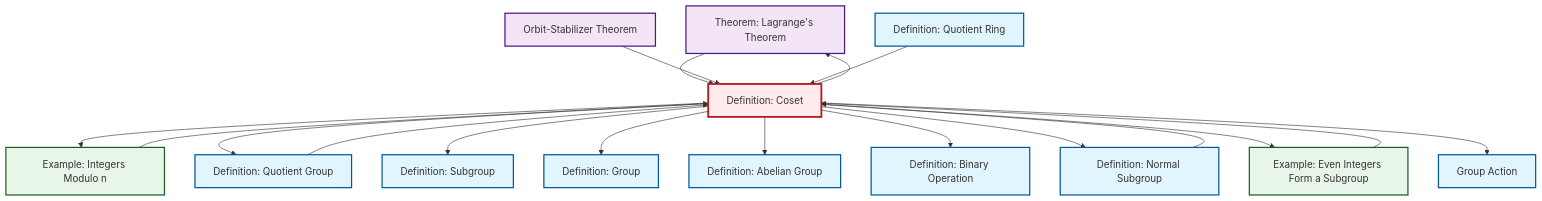
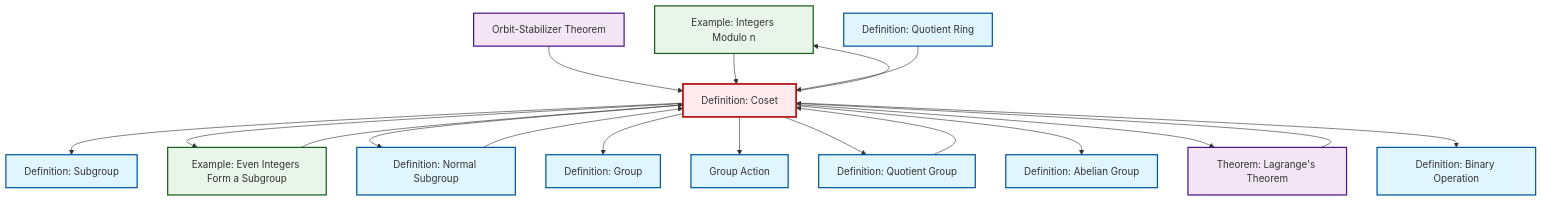
One commit to RK0429/ModernMath changed the diagram in content/en/algebra/def-coset.qmd. Above: the diagram before and after it, drawn with Mermaid. The commit also changed other lines of this file and 1012 other files, not shown here.

````diff
--- a/content/en/algebra/def-coset.qmd
+++ b/content/en/algebra/def-coset.qmd
@@ -162,52 +162,52 @@
 ```{mermaid}
 %%| fig-cap: "Local dependency graph"
 graph TD
     classDef definition fill:#e1f5fe,stroke:#01579b,stroke-width:2px
     classDef theorem fill:#f3e5f5,stroke:#4a148c,stroke-width:2px
     classDef axiom fill:#fff3e0,stroke:#e65100,stroke-width:2px
     classDef example fill:#e8f5e9,stroke:#1b5e20,stroke-width:2px
     classDef current fill:#ffebee,stroke:#b71c1c,stroke-width:3px
+    def-subgroup["Definition: Subgroup"]:::definition
+    def-binary-operation["Definition: Binary Operation"]:::definition
+    ex-quotient-integers-mod-n["Example: Integers Modulo n"]:::example
+    thm-orbit-stabilizer["Orbit-Stabilizer Theorem"]:::theorem
+    def-group-action["Group Action"]:::definition
+    def-abelian-group["Definition: Abelian Group"]:::definition
     thm-lagrange["Theorem: Lagrange's Theorem"]:::theorem
-    thm-orbit-stabilizer["Orbit-Stabilizer Theorem"]:::theorem
     def-normal-subgroup["Definition: Normal Subgroup"]:::definition
-    def-binary-operation["Definition: Binary Operation"]:::definition
+    def-coset["Definition: Coset"]:::definition
+    def-quotient-ring["Definition: Quotient Ring"]:::definition
+    def-quotient-group["Definition: Quotient Group"]:::definition
+    def-group["Definition: Group"]:::definition
     ex-even-integers-subgroup["Example: Even Integers Form a Subgroup"]:::example
-    def-quotient-ring["Definition: Quotient Ring"]:::definition
-    def-subgroup["Definition: Subgroup"]:::definition
-    def-quotient-group["Definition: Quotient Group"]:::definition
-    def-abelian-group["Definition: Abelian Group"]:::definition
-    ex-quotient-integers-mod-n["Example: Integers Modulo n"]:::example
-    def-coset["Definition: Coset"]:::definition
-    def-group-action["Group Action"]:::definition
-    def-group["Definition: Group"]:::definition
-    def-coset --> ex-quotient-integers-mod-n
+    def-coset --> def-subgroup
+    def-coset --> ex-even-integers-subgroup
+    def-coset --> def-normal-subgroup
+    thm-orbit-stabilizer --> def-coset
+    def-coset --> def-group
     thm-lagrange --> def-coset
-    thm-orbit-stabilizer --> def-coset
+    def-coset --> def-group-action
+    def-normal-subgroup --> def-coset
     def-coset --> def-quotient-group
+    def-coset --> def-abelian-group
+    def-coset --> thm-lagrange
+    ex-quotient-integers-mod-n --> def-coset
     ex-even-integers-subgroup --> def-coset
-    ex-quotient-integers-mod-n --> def-coset
-    def-coset --> def-subgroup
-    def-coset --> thm-lagrange
-    def-coset --> def-group
     def-quotient-ring --> def-coset
-    def-coset --> def-abelian-group
     def-coset --> def-binary-operation
     def-quotient-group --> def-coset
-    def-coset --> def-normal-subgroup
-    def-coset --> ex-even-integers-subgroup
-    def-normal-subgroup --> def-coset
-    def-coset --> def-group-action
+    def-coset --> ex-quotient-integers-mod-n
     class def-coset current
+    click def-subgroup "def-subgroup.html" "Go to Subgroup definition"
+    click def-binary-operation "def-binary-operation.html" "Go to Binary Operation definition"
+    click ex-quotient-integers-mod-n "ex-quotient-integers-mod-n.html" "Go to Integers Modulo n example"
+    click thm-orbit-stabilizer "thm-orbit-stabilizer.html" "Go to Orbit-Stabilizer Theorem"
+    click def-group-action "def-group-action.html" "Go to Group Action"
+    click def-abelian-group "def-abelian-group.html" "Go to Abelian Group definition"
     click thm-lagrange "thm-lagrange.html" "Go to Lagrange's Theorem theorem"
-    click thm-orbit-stabilizer "thm-orbit-stabilizer.html" "Go to Orbit-Stabilizer Theorem"
     click def-normal-subgroup "def-normal-subgroup.html" "Go to Normal Subgroup definition"
-    click def-binary-operation "def-binary-operation.html" "Go to Binary Operation definition"
+    click def-quotient-ring "def-quotient-ring.html" "Go to Quotient Ring definition"
+    click def-quotient-group "def-quotient-group.html" "Go to Quotient Group definition"
+    click def-group "def-group.html" "Go to Group definition"
     click ex-even-integers-subgroup "ex-even-integers-subgroup.html" "Go to Even Integers Form a Subgroup example"
-    click def-quotient-ring "def-quotient-ring.html" "Go to Quotient Ring definition"
-    click def-subgroup "def-subgroup.html" "Go to Subgroup definition"
-    click def-quotient-group "def-quotient-group.html" "Go to Quotient Group definition"
-    click def-abelian-group "def-abelian-group.html" "Go to Abelian Group definition"
-    click ex-quotient-integers-mod-n "ex-quotient-integers-mod-n.html" "Go to Integers Modulo n example"
-    click def-group-action "def-group-action.html" "Go to Group Action"
-    click def-group "def-group.html" "Go to Group definition"
 ```
````
